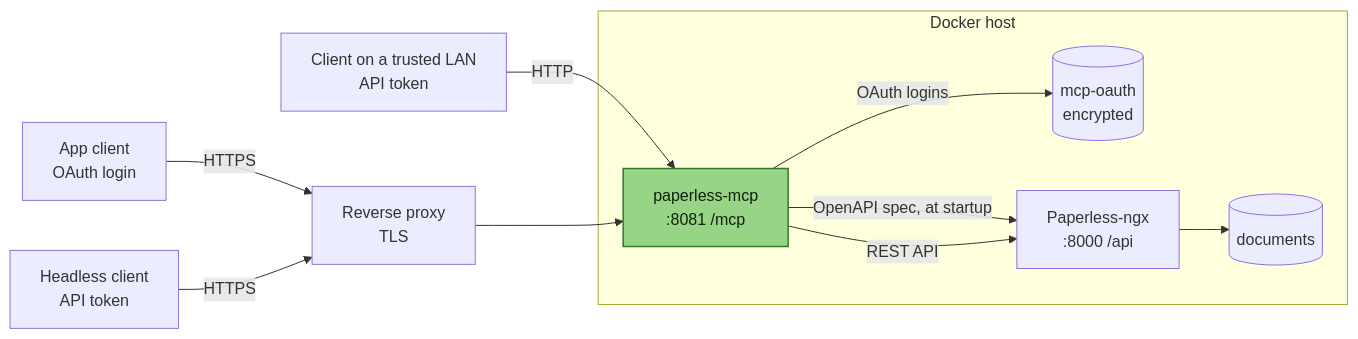
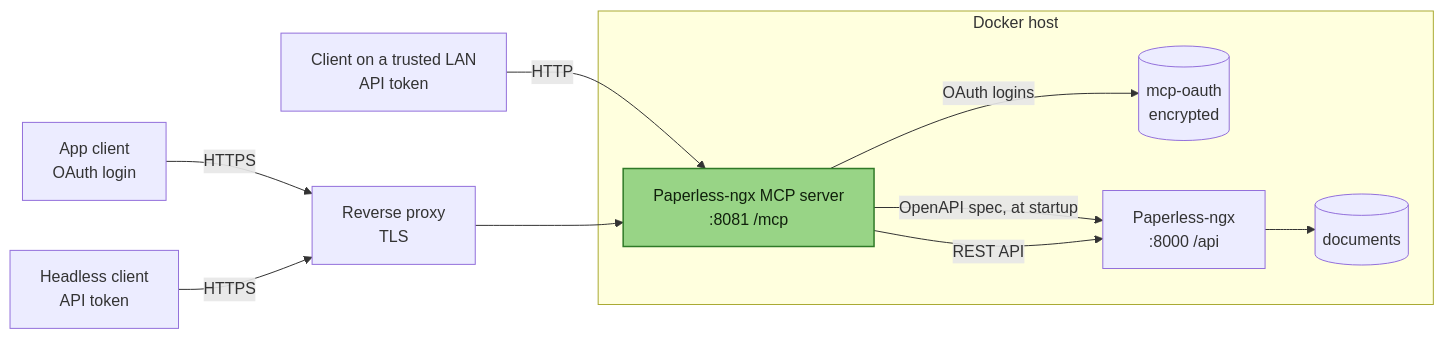
Before and after one commit to Marceltov/paperless-mcp: the diagram in docs/diagrams/architecture.mmd, drawn with Mermaid. The commit also changed 25 other files, not shown here.

First line of the commit message:
Rename to paperless-ngx-mcp

```diff
--- a/docs/diagrams/architecture.mmd
+++ b/docs/diagrams/architecture.mmd
@@ -1,21 +1,21 @@
 flowchart LR
   app["App client<br>OAuth login"]
   headless["Headless client<br>API token"]
   lan["Client on a trusted LAN<br>API token"]
   proxy["Reverse proxy<br>TLS"]
   subgraph host["Docker host"]
-    mcp["paperless-mcp<br>:8081 /mcp"]
+    mcp["Paperless-ngx MCP server<br>:8081 /mcp"]
     oauth[("mcp-oauth<br>encrypted")]
     paperless["Paperless-ngx<br>:8000 /api"]
     data[("documents")]
   end
   app -- HTTPS --> proxy
   headless -- HTTPS --> proxy
   lan -- HTTP --> mcp
   proxy --> mcp
   mcp -- OAuth logins --> oauth
   mcp -- "OpenAPI spec, at startup" --> paperless
   mcp -- REST API --> paperless
   paperless --> data
   classDef accent fill:#98D486,stroke:#2f7a27,color:#10200c,stroke-width:1.5px
   class mcp accent
```
